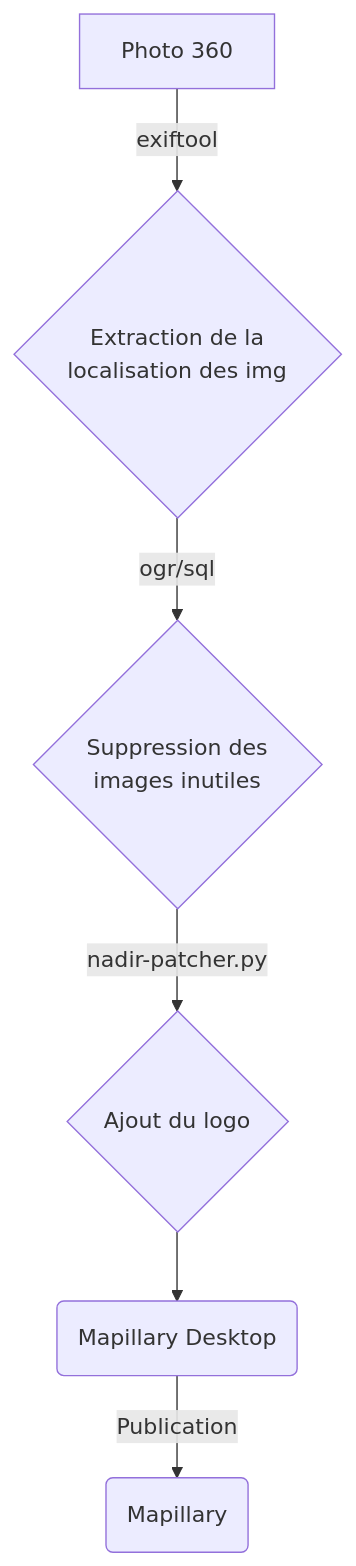
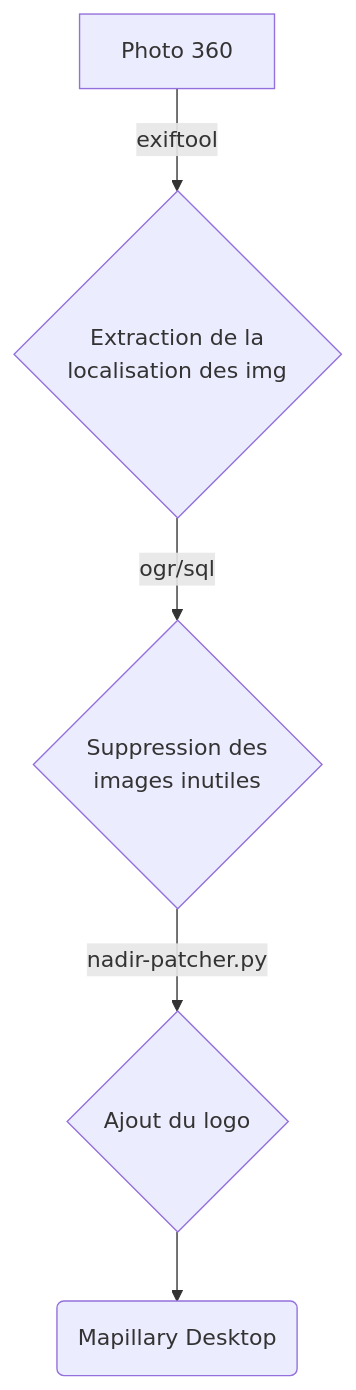
Before and after one commit to igeofr/gopromax2mapillary: the diagram in README.md, drawn with Mermaid.

````diff
--- a/README.md
+++ b/README.md
@@ -5,9 +5,8 @@
 ```mermaid
 flowchart TD;
     A[Photo 360]
     A --> |exiftool|R{Extraction de la<br>localisation des img}
     R --> |ogr/sql|B{Suppression des<br>images inutiles}
     B --> |nadir-patcher.py| C{Ajout du logo}
     C --> E(Mapillary Desktop)
-    E --> |Publication| F(Mapillary)
 ```
````
